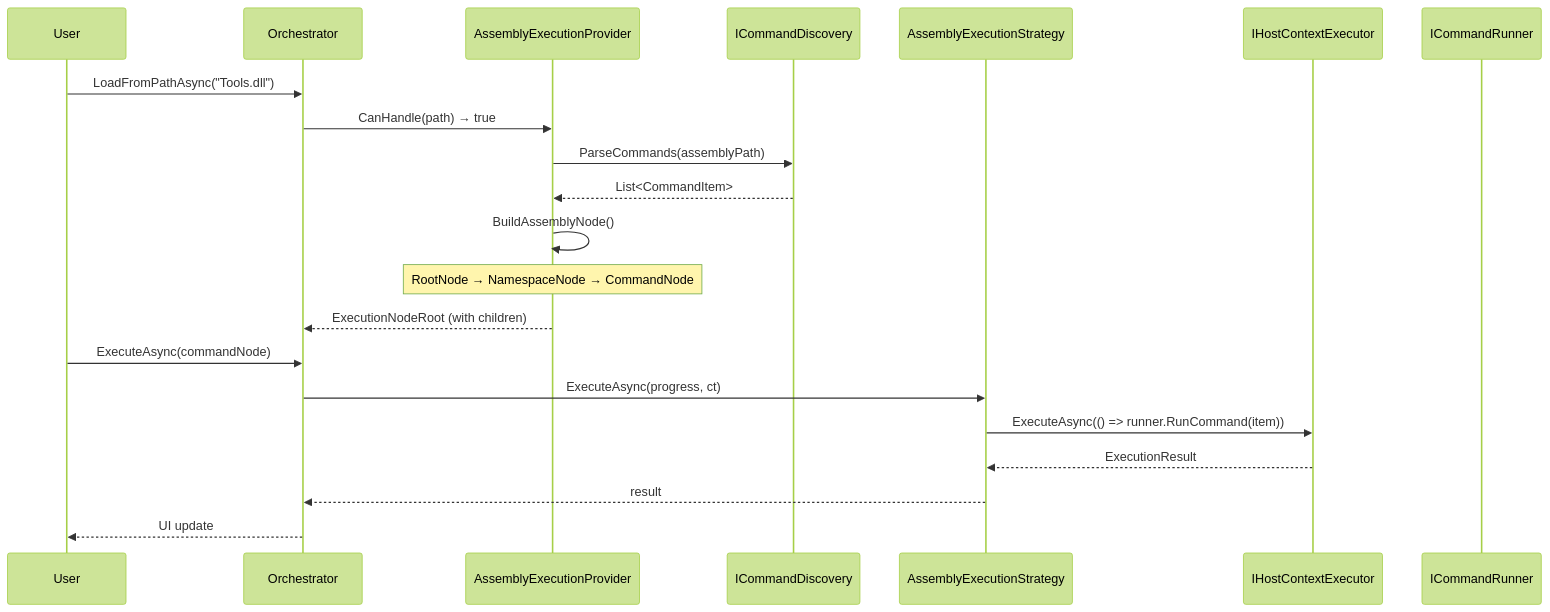
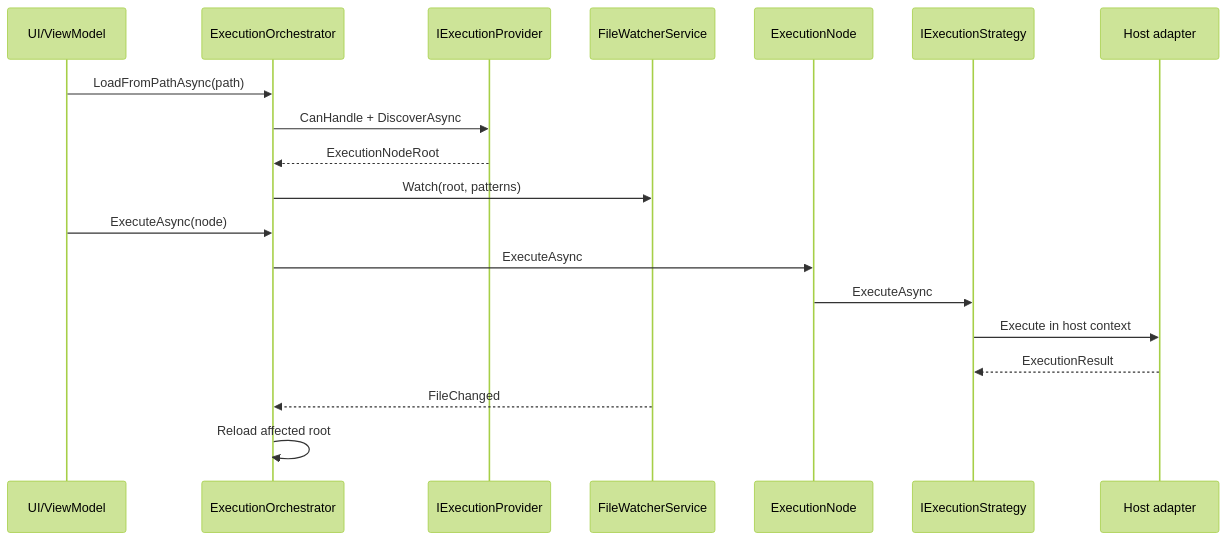
Before and after one commit to trgiangv/RevitDevTool: the second of 2 diagrams in docs/Execution/README.md, drawn with Mermaid (forest theme). The commit also changed other lines of this file and 62 other files, not shown here.

First line of the commit message:
docs(agents): update documentation for module architecture and execution system

````diff
--- a/docs/Execution/README.md
+++ b/docs/Execution/README.md
@@ -158,25 +102,22 @@
 ```mermaid
 sequenceDiagram
-    participant User as User
-    participant Orch as Orchestrator
-    participant Provider as AssemblyExecutionProvider
-    participant Disc as ICommandDiscovery
-    participant Strat as AssemblyExecutionStrategy
-    participant Host as IHostContextExecutor
-    participant Runner as ICommandRunner
+    participant UI as UI/ViewModel
+    participant Orch as ExecutionOrchestrator
+    participant Provider as IExecutionProvider
+    participant Watcher as FileWatcherService
+    participant Node as ExecutionNode
+    participant Strategy as IExecutionStrategy
+    participant Host as Host adapter
 
-    User->>Orch: LoadFromPathAsync("Tools.dll")
-    Orch->>Provider: CanHandle(path) → true
-    Provider->>Disc: ParseCommands(assemblyPath)
-    Disc-->>Provider: List<CommandItem>
-    Provider->>Provider: BuildAssemblyNode()
-    Note over Provider: RootNode → NamespaceNode → CommandNode
-    Provider-->>Orch: ExecutionNodeRoot (with children)
-
-    User->>Orch: ExecuteAsync(commandNode)
-    Orch->>Strat: ExecuteAsync(progress, ct)
-    Strat->>Host: ExecuteAsync(() => runner.RunCommand(item))
-    Host-->>Strat: ExecutionResult
-    Strat-->>Orch: result
-    Orch-->>User: UI update
+    UI->>Orch: LoadFromPathAsync(path)
+    Orch->>Provider: CanHandle + DiscoverAsync
+    Provider-->>Orch: ExecutionNodeRoot
+    Orch->>Watcher: Watch(root, patterns)
+    UI->>Orch: ExecuteAsync(node)
+    Orch->>Node: ExecuteAsync
+    Node->>Strategy: ExecuteAsync
+    Strategy->>Host: Execute in host context
+    Host-->>Strategy: ExecutionResult
+    Watcher-->>Orch: FileChanged
+    Orch->>Orch: Reload affected root
 ```
````
